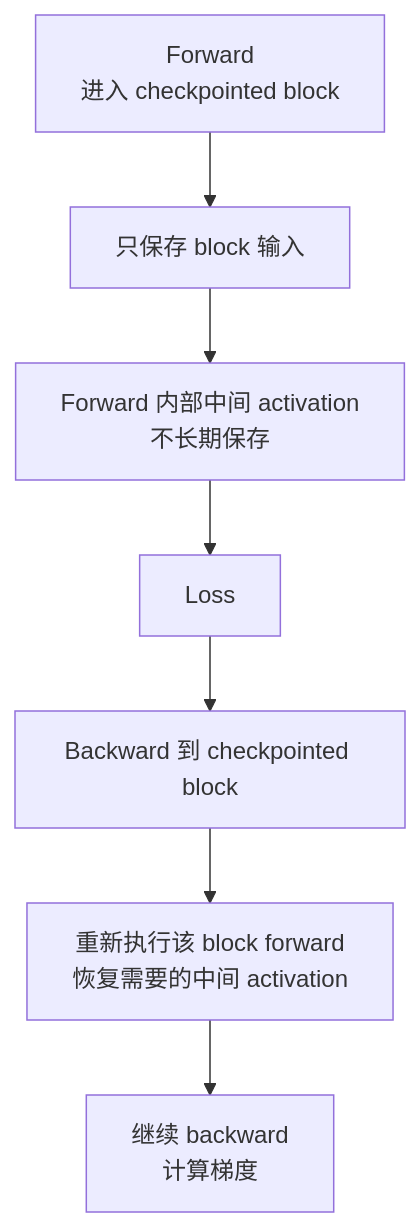
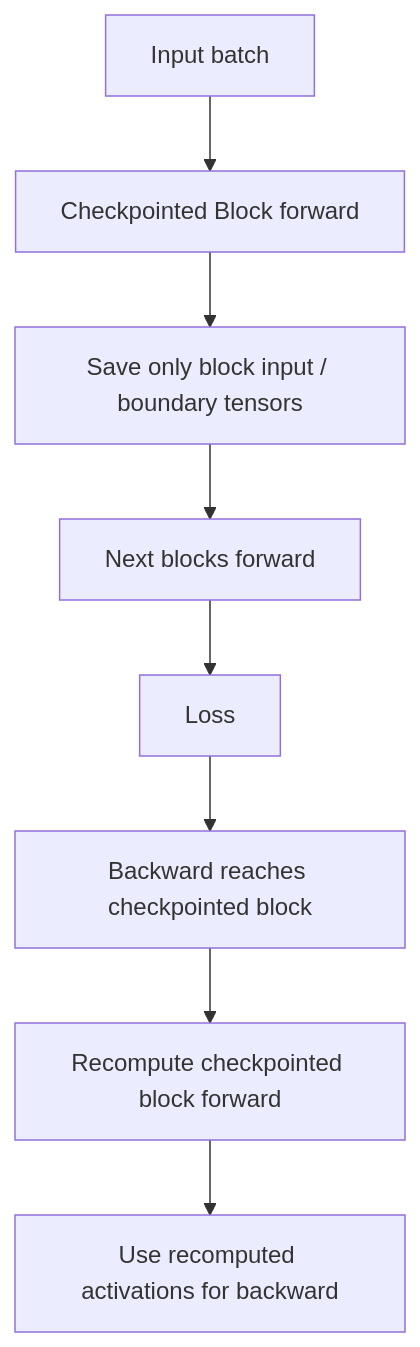
One commit to AmourSec/aikg changed the second of 2 diagrams in docs/04-training-systems/activation-checkpointing.md. Above: the diagram before and after it, drawn with Mermaid. The commit also changed other lines of this file and 5 other files, not shown here.

````diff
--- a/docs/04-training-systems/activation-checkpointing.md
+++ b/docs/04-training-systems/activation-checkpointing.md
@@ -102,9 +168,10 @@
 ```mermaid
 flowchart TB
-    A["Forward<br/>进入 checkpointed block"] --> B["只保存 block 输入"]
-    B --> C["Forward 内部中间 activation<br/>不长期保存"]
-    C --> D["Loss"]
-    D --> E["Backward 到 checkpointed block"]
-    E --> F["重新执行该 block forward<br/>恢复需要的中间 activation"]
-    F --> G["继续 backward<br/>计算梯度"]
+    A["Input batch"] --> B["Checkpointed Block forward"]
+    B --> C["Save only block input / boundary tensors"]
+    C --> D["Next blocks forward"]
+    D --> E["Loss"]
+    E --> F["Backward reaches checkpointed block"]
+    F --> G["Recompute checkpointed block forward"]
+    G --> H["Use recomputed activations for backward"]
 ```
````
